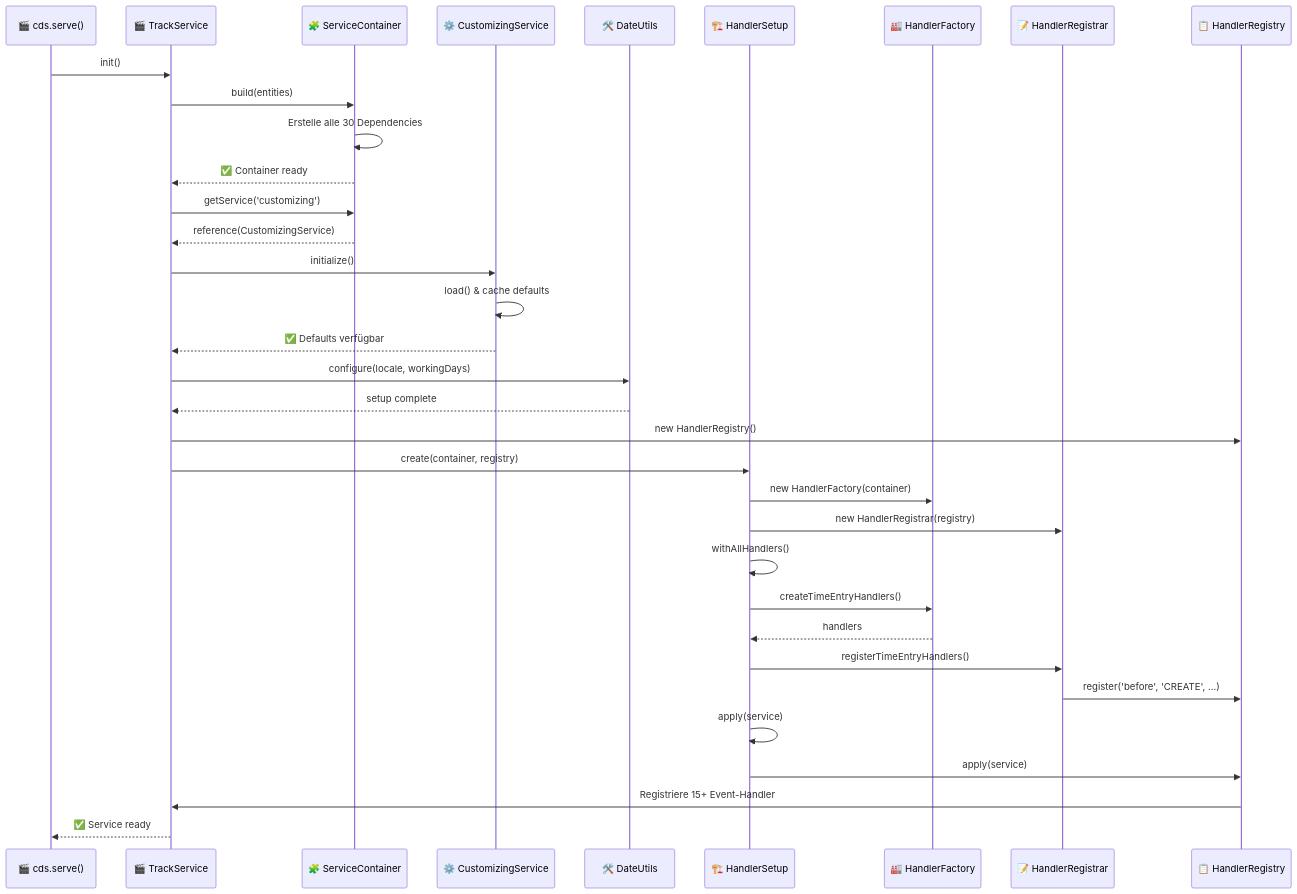
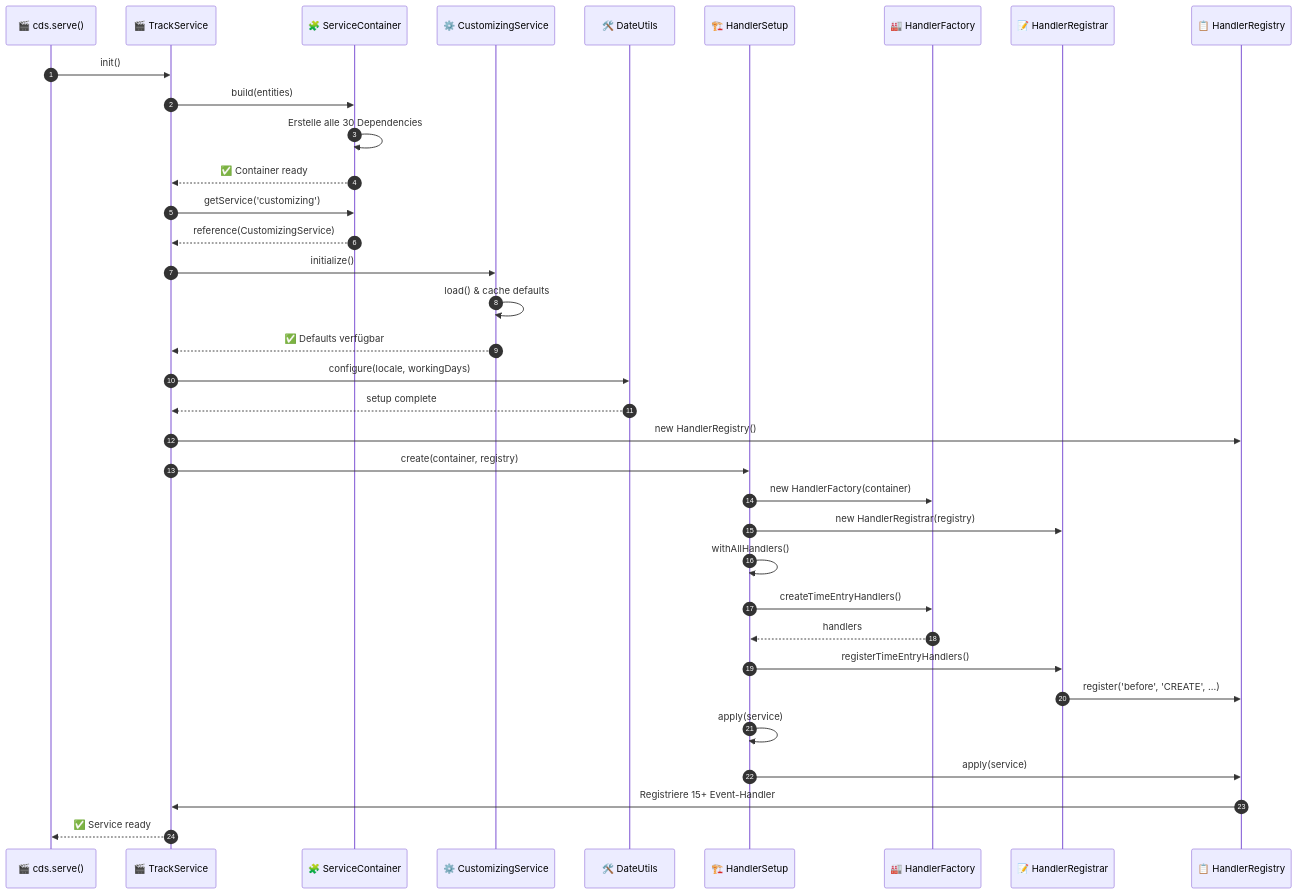
The fourth of 8 diagrams in docs/ARCHITECTURE.md (nimble-123/cap-fiori-timetracking), drawn with Mermaid before and after one commit. The commit also changed other lines of this file, not shown here.

````diff
--- a/docs/ARCHITECTURE.md
+++ b/docs/ARCHITECTURE.md
@@ -473,42 +473,43 @@
 ```mermaid
 sequenceDiagram
+  autonumber
   participant Main as 🎬 cds.serve()
   participant SVC as 🎬 TrackService
   participant CONTAINER as 🧩 ServiceContainer
   participant CUSTOM as ⚙️ CustomizingService
   participant DATE as 🛠️ DateUtils
   participant SETUP as 🏗️ HandlerSetup
   participant FACTORY as 🏭 HandlerFactory
   participant REGISTRAR as 📝 HandlerRegistrar
   participant REG as 📋 HandlerRegistry
 
   Main->>SVC: init()
   SVC->>CONTAINER: build(entities)
   CONTAINER->>CONTAINER: Erstelle alle 30 Dependencies
   CONTAINER-->>SVC: ✅ Container ready
 
   SVC->>CONTAINER: getService('customizing')
   CONTAINER-->>SVC: reference(CustomizingService)
   SVC->>CUSTOM: initialize()
   CUSTOM->>CUSTOM: load() & cache defaults
   CUSTOM-->>SVC: ✅ Defaults verfügbar
   SVC->>DATE: configure(locale, workingDays)
   DATE-->>SVC: setup complete
 
   SVC->>REG: new HandlerRegistry()
   SVC->>SETUP: create(container, registry)
   SETUP->>FACTORY: new HandlerFactory(container)
   SETUP->>REGISTRAR: new HandlerRegistrar(registry)
 
   SETUP->>SETUP: withAllHandlers()
   SETUP->>FACTORY: createTimeEntryHandlers()
   FACTORY-->>SETUP: handlers
   SETUP->>REGISTRAR: registerTimeEntryHandlers()
   REGISTRAR->>REG: register('before', 'CREATE', ...)
 
   SETUP->>SETUP: apply(service)
   SETUP->>REG: apply(service)
   REG->>SVC: Registriere 15+ Event-Handler
 
   SVC-->>Main: ✅ Service ready
 ```
````
